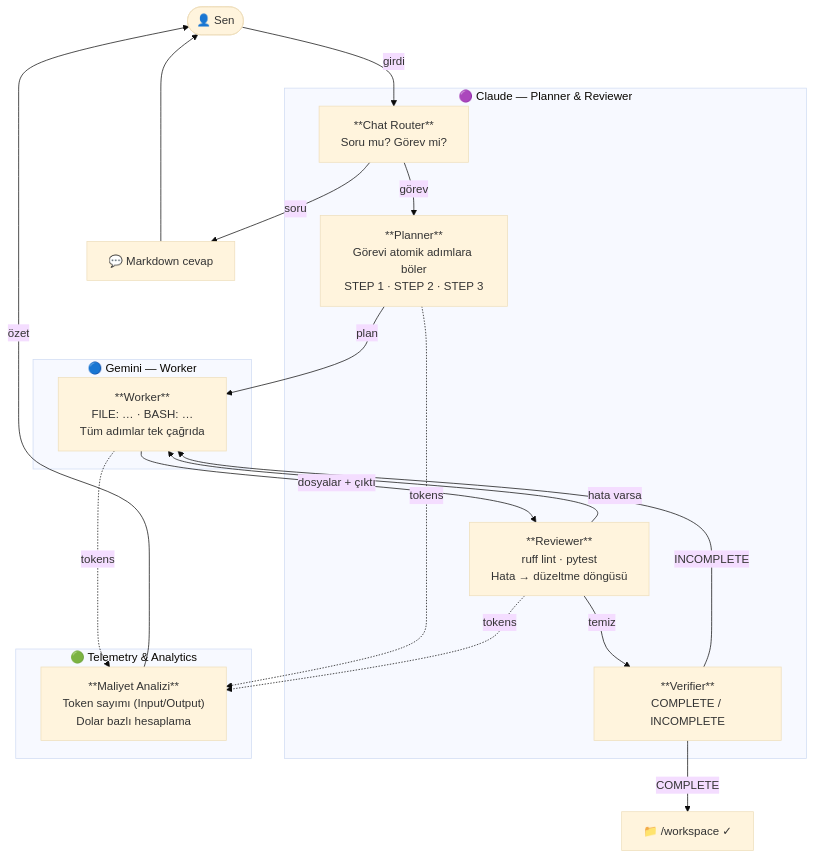
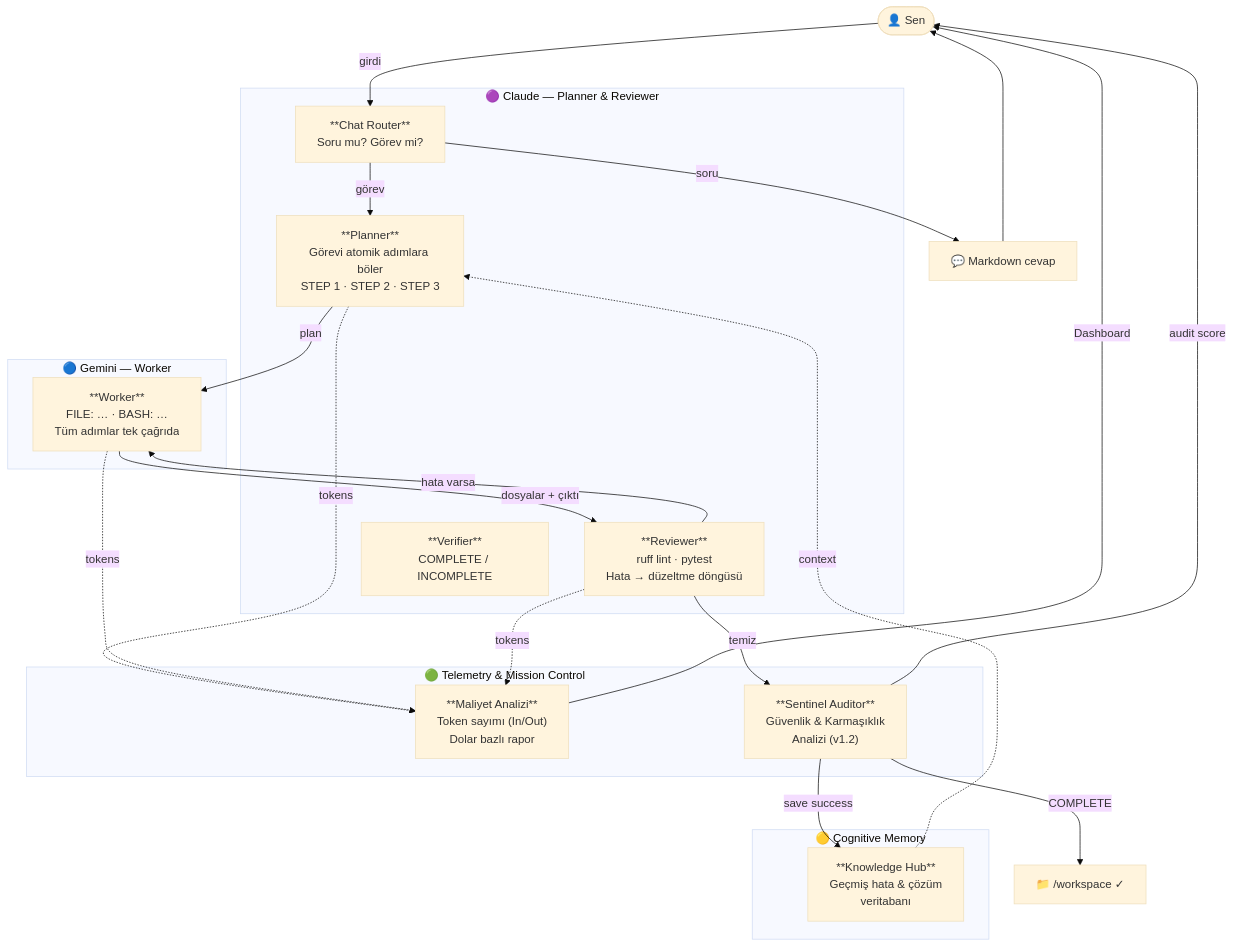
Before and after one commit to Mustafkgl/myAgent: the diagram in README.md, drawn with Mermaid (base theme). The commit also changed other lines of this file and 7 other files, not shown here.

Commit message:
feat: Project OMEGA v1.2 - Autonomous Audit, Cognitive Memory, and Mission Control Dashboard

````diff
--- a/README.md
+++ b/README.md
@@ -49,48 +50,59 @@
 ```mermaid
 flowchart TD
     User(["👤 Sen"])
 
     subgraph claude ["🟣 Claude  —  Planner & Reviewer"]
         Chat["**Chat Router**
 Soru mu? Görev mi?"]
         Planner["**Planner**
 Görevi atomik adımlara böler
 STEP 1 · STEP 2 · STEP 3"]
         Reviewer["**Reviewer**
 ruff lint · pytest
 Hata → düzeltme döngüsü"]
         Verifier["**Verifier**
 COMPLETE / INCOMPLETE"]
     end
 
     subgraph gemini ["🔵 Gemini  —  Worker"]
         Worker["**Worker**
 FILE: … · BASH: …
 Tüm adımlar tek çağrıda"]
     end
 
-    subgraph telemetry ["🟢 Telemetry & Analytics"]
+    subgraph telemetry ["🟢 Telemetry & Mission Control"]
         Costs["**Maliyet Analizi**
-Token sayımı (Input/Output)
-Dolar bazlı hesaplama"]
+Token sayımı (In/Out)
+Dolar bazlı rapor"]
+        Sentinel["**Sentinel Auditor**
+Güvenlik & Karmaşıklık
+Analizi (v1.2)"]
+    end
+
+    subgraph memory ["🟡 Cognitive Memory"]
+        KHub["**Knowledge Hub**
+Geçmiş hata & çözüm
+veritabanı"]
     end
 
     Answer["💬 Markdown cevap"]
     Workspace["📁 /workspace  ✓"]
 
     User -->|girdi| Chat
     Chat -->|soru| Answer
     Answer --> User
     Chat -->|görev| Planner
+    KHub -.->|context| Planner
     Planner -->|plan| Worker
     Worker -->|dosyalar + çıktı| Reviewer
     Reviewer -->|hata varsa| Worker
-    Reviewer -->|temiz| Verifier
-    Verifier -->|INCOMPLETE| Worker
-    Verifier -->|COMPLETE| Workspace
+    Reviewer -->|temiz| Sentinel
+    Sentinel -->|audit score| User
+    Sentinel -->|save success| KHub
+    Sentinel -->|COMPLETE| Workspace
 
     Planner -.->|tokens| Costs
     Worker -.->|tokens| Costs
     Reviewer -.->|tokens| Costs
-    Costs -->|özet| User
+    Costs -->|Dashboard| User
 ```
````
